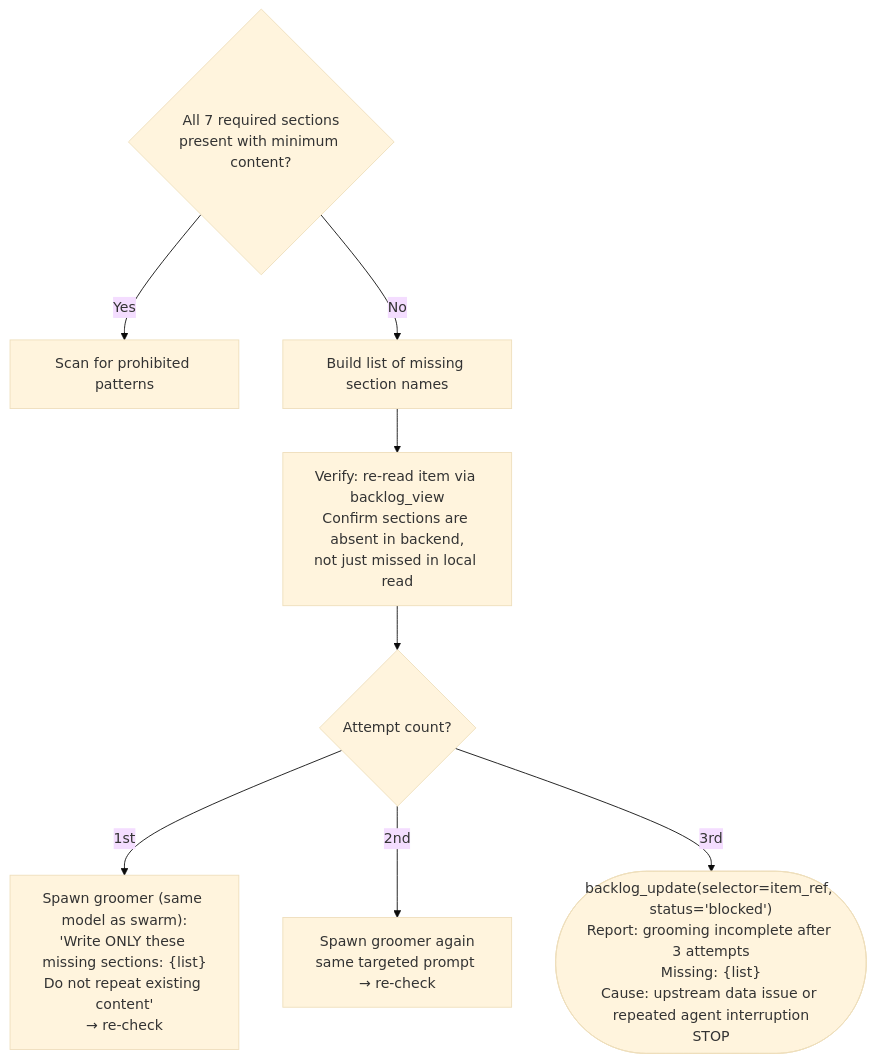
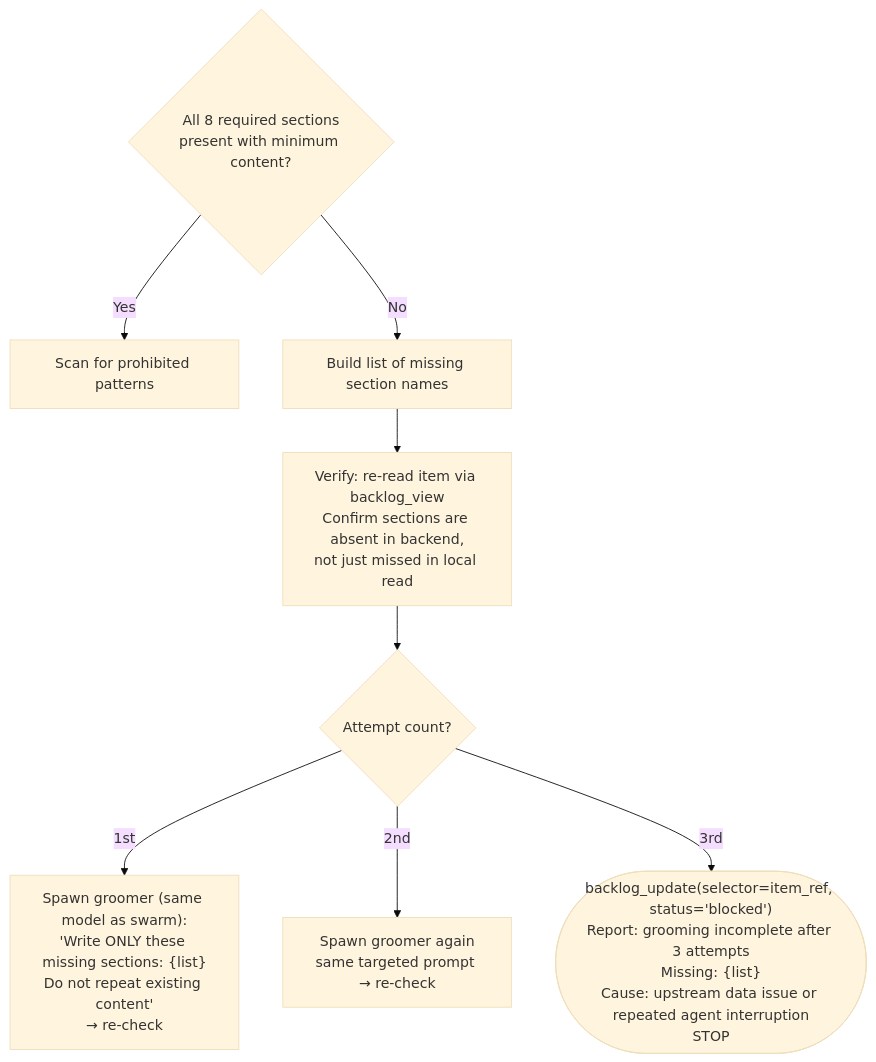
One commit to chgreer1070/claude_skills changed the second of 2 diagrams in plugins/development-harness/skills/work-backlog-item/references/workflows/groom/finalize.md. Above: the diagram before and after it, drawn with Mermaid (base theme). The commit also changed other lines of this file and 5 other files, not shown here.

````diff
--- a/plugins/development-harness/skills/work-backlog-item/references/workflows/groom/finalize.md
+++ b/plugins/development-harness/skills/work-backlog-item/references/workflows/groom/finalize.md
@@ -117,11 +118,11 @@
 ```mermaid
 flowchart TD
-    Check{"All 7 required sections<br>present with minimum content?"}
+    Check{"All 8 required sections<br>present with minimum content?"}
     Check -->|Yes| ScopeCheck["Scan for prohibited patterns"]
     Check -->|No| Missing["Build list of missing section names"]
     Missing --> Verify["Verify: re-read item via backlog_view<br>Confirm sections are absent in backend,<br>not just missed in local read"]
     Verify --> A1{"Attempt count?"}
     A1 -->|"1st"| R1["Spawn groomer (same model as swarm):<br>'Write ONLY these missing sections: {list}<br>Do not repeat existing content'<br>→ re-check"]
     A1 -->|"2nd"| R2["Spawn groomer again<br>same targeted prompt → re-check"]
     A1 -->|"3rd"| Blocked(["backlog_update(selector=item_ref, status='blocked')<br>Report: grooming incomplete after 3 attempts<br>Missing: {list}<br>Cause: upstream data issue or repeated agent interruption<br>STOP"])
 ```
````
